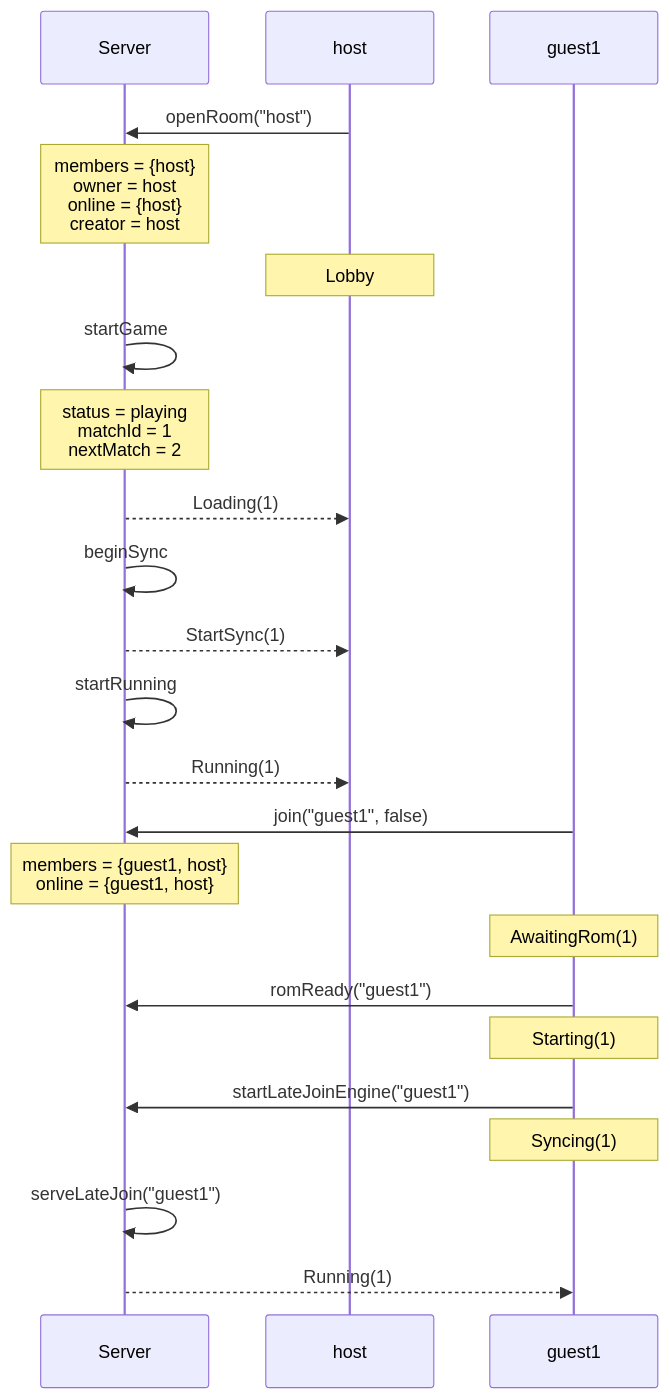
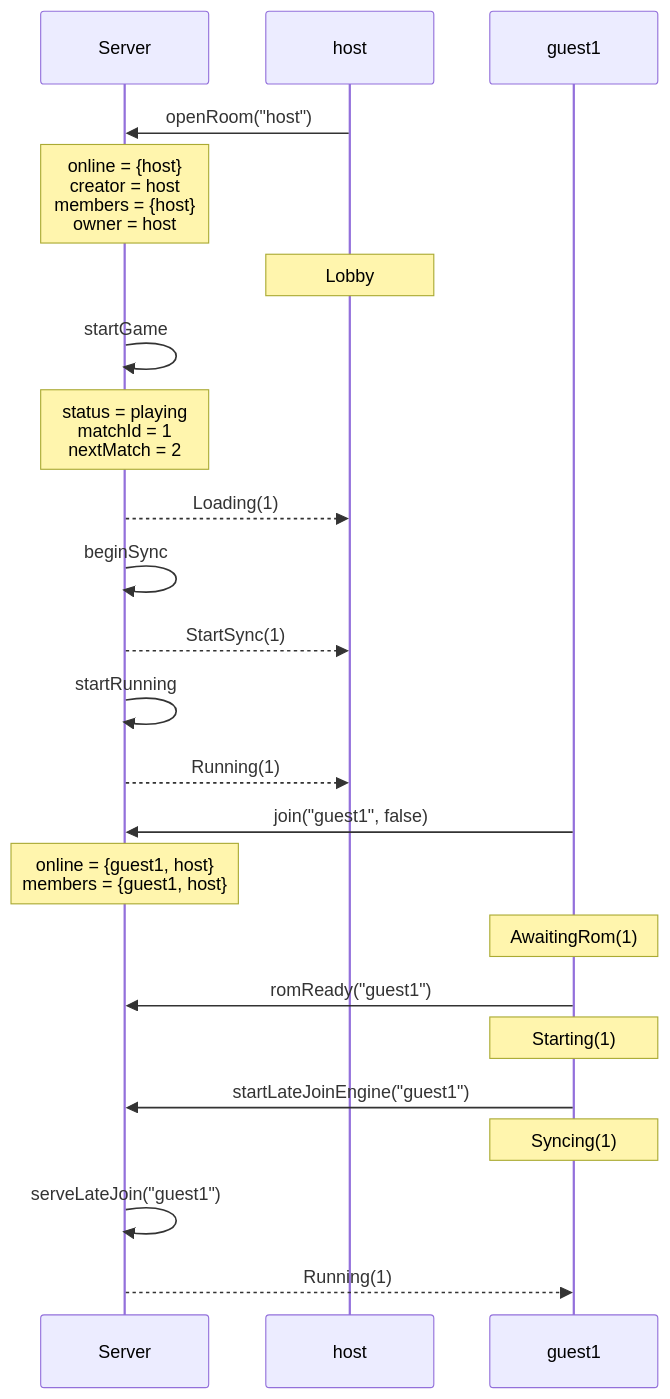
Before and after one commit to kwilson21/kaillera-next: diagram 13 of 29 in docs/spec-traces.md, drawn with Mermaid. The commit also changed other lines of this file and 15 other files, not shown here.

````diff
--- a/docs/spec-traces.md
+++ b/docs/spec-traces.md
@@ -266,25 +338,25 @@
 ```mermaid
 sequenceDiagram
   participant Server
   participant host
   participant guest1
   host->>Server: openRoom("host")
-  Note over Server: members = {host}<br/>owner = host<br/>online = {host}<br/>creator = host
+  Note over Server: online = {host}<br/>creator = host<br/>members = {host}<br/>owner = host
   Note over host: Lobby
   Server->>Server: startGame
   Note over Server: status = playing<br/>matchId = 1<br/>nextMatch = 2
   Server-->>host: Loading(1)
   Server->>Server: beginSync
   Server-->>host: StartSync(1)
   Server->>Server: startRunning
   Server-->>host: Running(1)
   guest1->>Server: join("guest1", false)
-  Note over Server: members = {guest1, host}<br/>online = {guest1, host}
+  Note over Server: online = {guest1, host}<br/>members = {guest1, host}
   Note over guest1: AwaitingRom(1)
   guest1->>Server: romReady("guest1")
   Note over guest1: Starting(1)
   guest1->>Server: startLateJoinEngine("guest1")
   Note over guest1: Syncing(1)
   Server->>Server: serveLateJoin("guest1")
   Server-->>guest1: Running(1)
 ```
````
